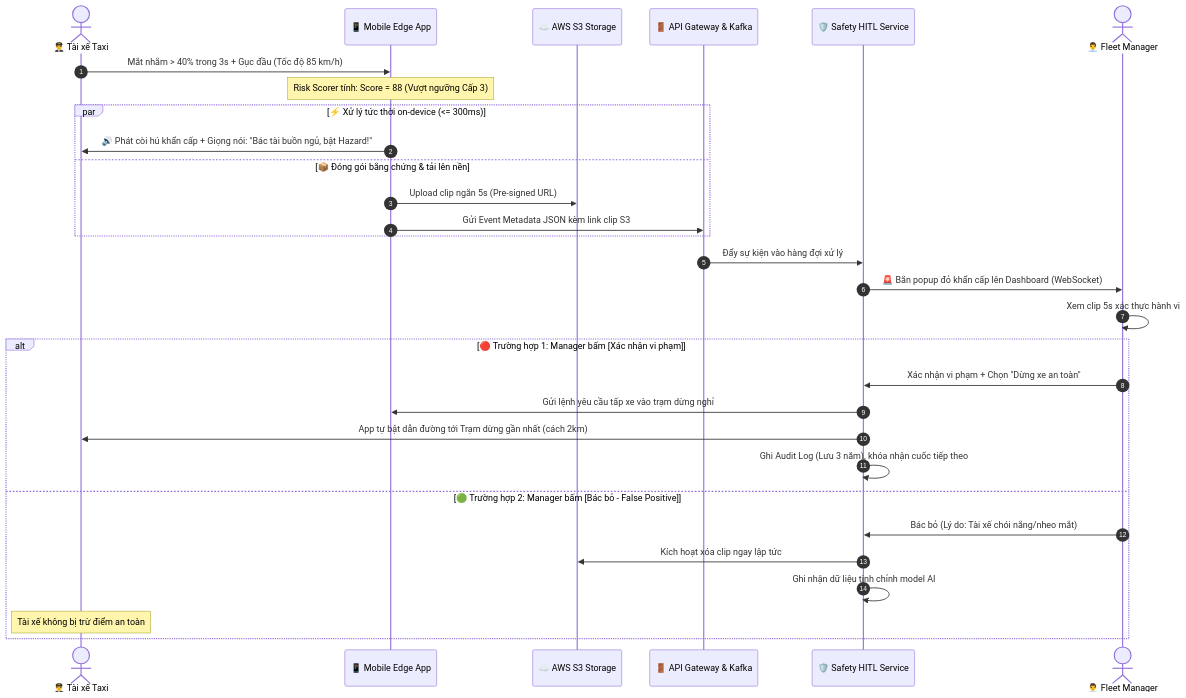
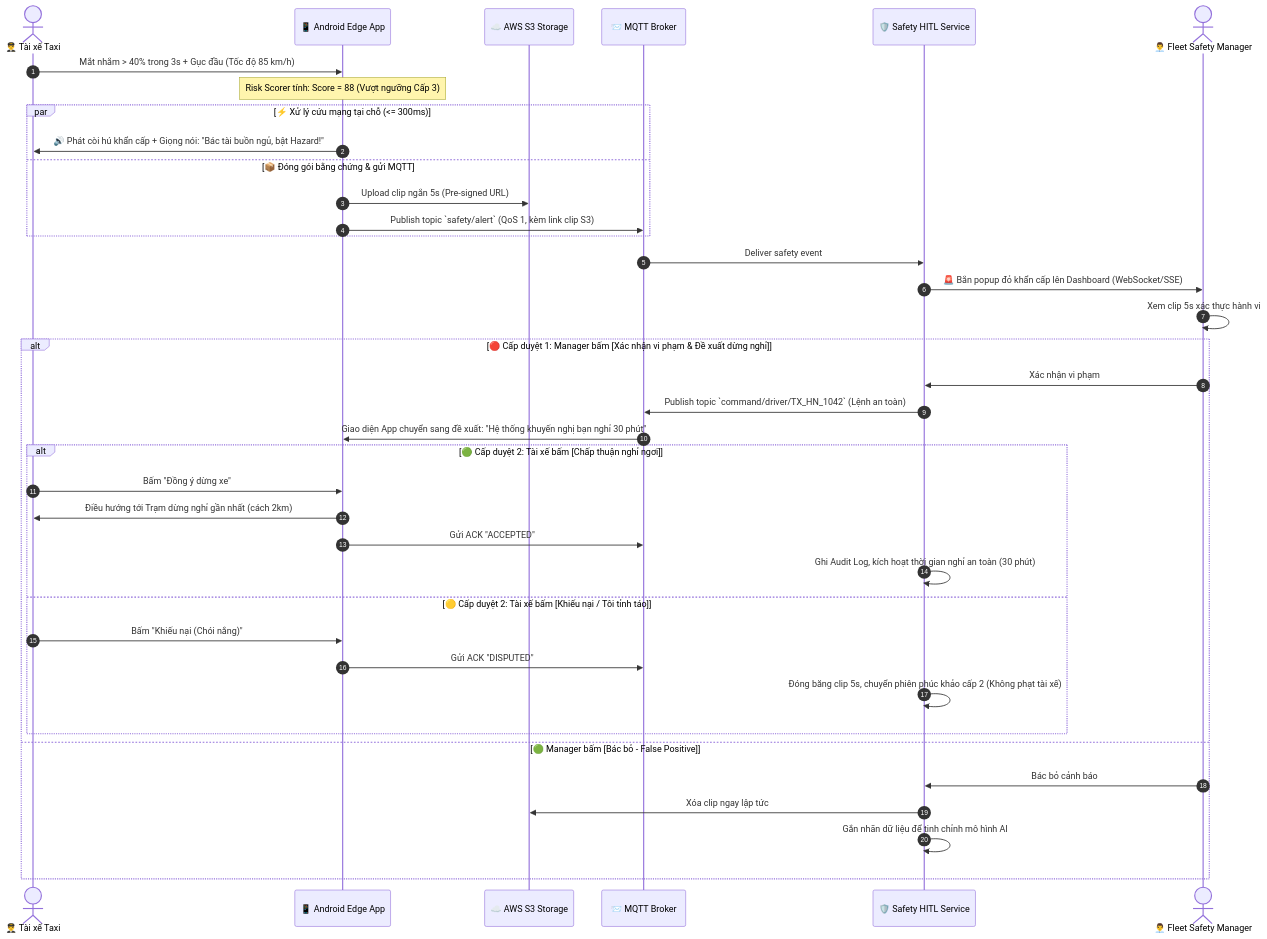
Before and after one commit to vietdezet2004/viewMD: the fourth of 4 diagrams in README.md, drawn with Mermaid. The commit also changed other lines of this file, not shown here.

````diff
--- a/README.md
+++ b/README.md
@@ -377,36 +304,45 @@
 ```mermaid
 sequenceDiagram
     autonumber
     actor Driver as 👨‍✈️ Tài xế Taxi
-    participant App as 📱 Mobile Edge App
+    participant App as 📱 Android Edge App
     participant S3 as ☁️ AWS S3 Storage
-    participant API as 🚪 API Gateway & Kafka
+    participant MQTT as 📨 MQTT Broker
     participant Svc as 🛡️ Safety HITL Service
-    actor Mgr as 👨‍💼 Fleet Manager
+    actor Mgr as 👨‍💼 Fleet Safety Manager
 
     Driver->>App: Mắt nhắm > 40% trong 3s + Gục đầu (Tốc độ 85 km/h)
     Note over App: Risk Scorer tính: Score = 88 (Vượt ngưỡng Cấp 3)
 
-    par ⚡ Xử lý tức thời on-device (<= 300ms)
+    par ⚡ Xử lý cứu mạng tại chỗ (<= 300ms)
         App->>Driver: 🔊 Phát còi hú khẩn cấp + Giọng nói: "Bác tài buồn ngủ, bật Hazard!"
-    and 📦 Đóng gói bằng chứng & tải lên nền
+    and 📦 Đóng gói bằng chứng & gửi MQTT
         App->>S3: Upload clip ngắn 5s (Pre-signed URL)
-        App->>API: Gửi Event Metadata JSON kèm link clip S3
+        App->>MQTT: Publish topic `safety/alert` (QoS 1, kèm link clip S3)
     end
 
-    API->>Svc: Đẩy sự kiện vào hàng đợi xử lý
-    Svc->>Mgr: 🚨 Bắn popup đỏ khẩn cấp lên Dashboard (WebSocket)
+    MQTT->>Svc: Deliver safety event
+    Svc->>Mgr: 🚨 Bắn popup đỏ khẩn cấp lên Dashboard (WebSocket/SSE)
     Mgr->>Mgr: Xem clip 5s xác thực hành vi
 
-    alt 🔴 Trường hợp 1: Manager bấm [Xác nhận vi phạm]
-        Mgr->>Svc: Xác nhận vi phạm + Chọn "Dừng xe an toàn"
-        Svc->>App: Gửi lệnh yêu cầu tấp xe vào trạm dừng nghỉ
-        Svc->>Driver: App tự bật dẫn đường tới Trạm dừng gần nhất (cách 2km)
-        Svc->>Svc: Ghi Audit Log (Lưu 3 năm), khóa nhận cuốc tiếp theo
-    else 🟢 Trường hợp 2: Manager bấm [Bác bỏ - False Positive]
-        Mgr->>Svc: Bác bỏ (Lý do: Tài xế chói nắng/nheo mắt)
-        Svc->>S3: Kích hoạt xóa clip ngay lập tức
-        Svc->>Svc: Ghi nhận dữ liệu tinh chỉnh model AI
-        Note over Driver: Tài xế không bị trừ điểm an toàn
+    alt 🔴 Cấp duyệt 1: Manager bấm [Xác nhận vi phạm & Đề xuất dừng nghỉ]
+        Mgr->>Svc: Xác nhận vi phạm
+        Svc->>MQTT: Publish topic `command/driver/TX_HN_1042` (Lệnh an toàn)
+        MQTT->>App: Giao diện App chuyển sang đề xuất: "Hệ thống khuyến nghị bạn nghỉ 30 phút"
+        
+        alt 🟢 Cấp duyệt 2: Tài xế bấm [Chấp thuận nghỉ ngơi]
+            Driver->>App: Bấm "Đồng ý dừng xe"
+            App->>Driver: Điều hướng tới Trạm dừng nghỉ gần nhất (cách 2km)
+            App->>MQTT: Gửi ACK "ACCEPTED"
+            Svc->>Svc: Ghi Audit Log, kích hoạt thời gian nghỉ an toàn (30 phút)
+        else 🟡 Cấp duyệt 2: Tài xế bấm [Khiếu nại / Tôi tỉnh táo]
+            Driver->>App: Bấm "Khiếu nại (Chói nắng)"
+            App->>MQTT: Gửi ACK "DISPUTED"
+            Svc->>Svc: Đóng băng clip 5s, chuyển phiên phúc khảo cấp 2 (Không phạt tài xế)
+        end
+    else 🟢 Manager bấm [Bác bỏ - False Positive]
+        Mgr->>Svc: Bác bỏ cảnh báo
+        Svc->>S3: Xóa clip ngay lập tức
+        Svc->>Svc: Gắn nhãn dữ liệu để tinh chỉnh mô hình AI
     end
 ```
````
